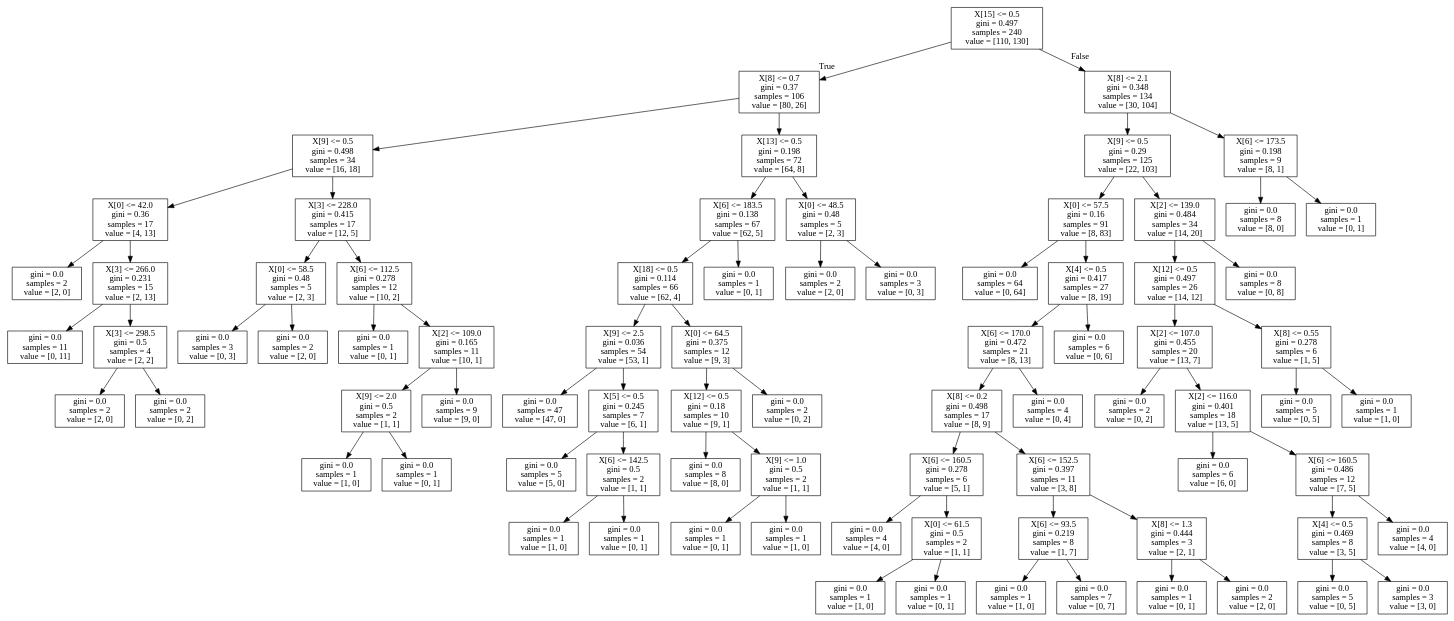
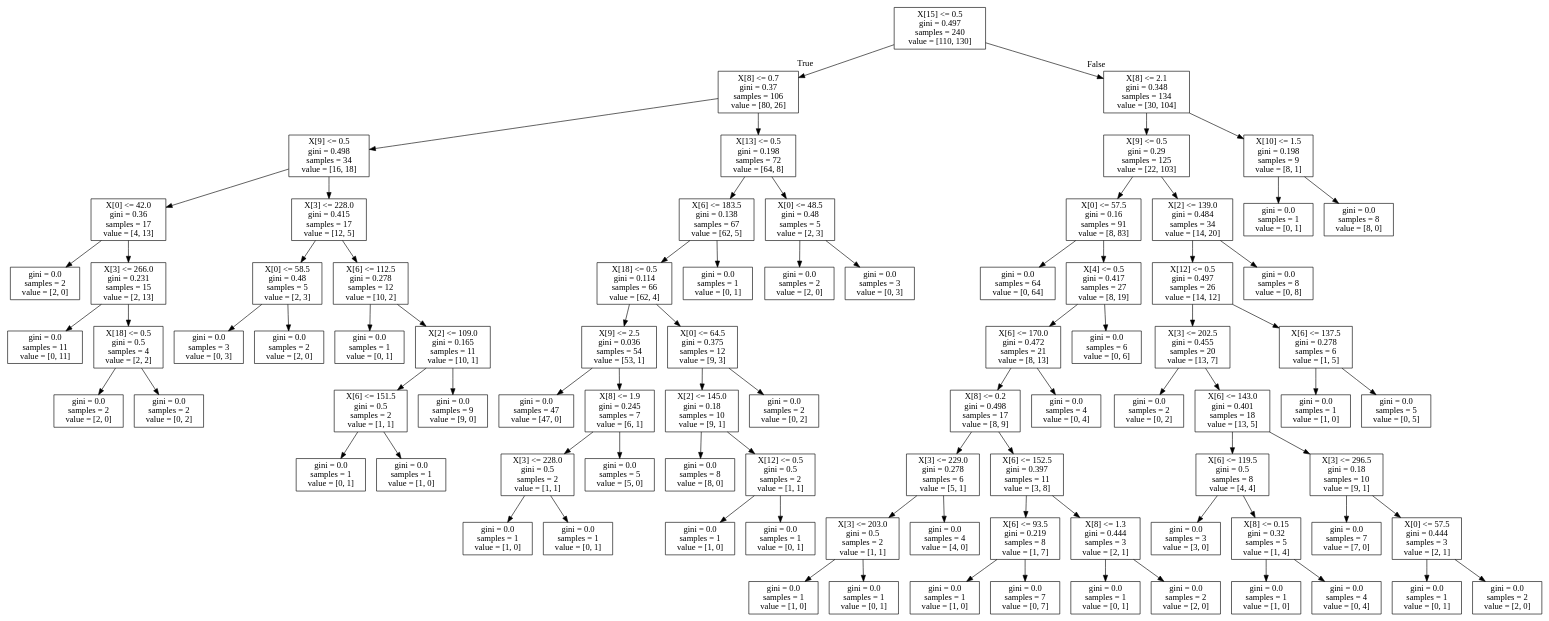
The diagram in final-project/tree.dot (leyremarazuela/datamad0119), drawn with Graphviz before and after one commit. The commit also changed 6 other files, not shown here.

```diff
--- a/final-project/tree.dot
+++ b/final-project/tree.dot
@@ -1,164 +1,172 @@
 digraph Tree {
 node [shape=box] ;
 0 [label="X[15] <= 0.5\ngini = 0.497\nsamples = 240\nvalue = [110, 130]"] ;
 1 [label="X[8] <= 0.7\ngini = 0.37\nsamples = 106\nvalue = [80, 26]"] ;
 0 -> 1 [labeldistance=2.5, labelangle=45, headlabel="True"] ;
 2 [label="X[9] <= 0.5\ngini = 0.498\nsamples = 34\nvalue = [16, 18]"] ;
 1 -> 2 ;
 3 [label="X[0] <= 42.0\ngini = 0.36\nsamples = 17\nvalue = [4, 13]"] ;
 2 -> 3 ;
 4 [label="gini = 0.0\nsamples = 2\nvalue = [2, 0]"] ;
 3 -> 4 ;
 5 [label="X[3] <= 266.0\ngini = 0.231\nsamples = 15\nvalue = [2, 13]"] ;
 3 -> 5 ;
 6 [label="gini = 0.0\nsamples = 11\nvalue = [0, 11]"] ;
 5 -> 6 ;
-7 [label="X[3] <= 298.5\ngini = 0.5\nsamples = 4\nvalue = [2, 2]"] ;
+7 [label="X[18] <= 0.5\ngini = 0.5\nsamples = 4\nvalue = [2, 2]"] ;
 5 -> 7 ;
 8 [label="gini = 0.0\nsamples = 2\nvalue = [2, 0]"] ;
 7 -> 8 ;
 9 [label="gini = 0.0\nsamples = 2\nvalue = [0, 2]"] ;
 7 -> 9 ;
 10 [label="X[3] <= 228.0\ngini = 0.415\nsamples = 17\nvalue = [12, 5]"] ;
 2 -> 10 ;
 11 [label="X[0] <= 58.5\ngini = 0.48\nsamples = 5\nvalue = [2, 3]"] ;
 10 -> 11 ;
 12 [label="gini = 0.0\nsamples = 3\nvalue = [0, 3]"] ;
 11 -> 12 ;
 13 [label="gini = 0.0\nsamples = 2\nvalue = [2, 0]"] ;
 11 -> 13 ;
 14 [label="X[6] <= 112.5\ngini = 0.278\nsamples = 12\nvalue = [10, 2]"] ;
 10 -> 14 ;
 15 [label="gini = 0.0\nsamples = 1\nvalue = [0, 1]"] ;
 14 -> 15 ;
 16 [label="X[2] <= 109.0\ngini = 0.165\nsamples = 11\nvalue = [10, 1]"] ;
 14 -> 16 ;
-17 [label="X[9] <= 2.0\ngini = 0.5\nsamples = 2\nvalue = [1, 1]"] ;
+17 [label="X[6] <= 151.5\ngini = 0.5\nsamples = 2\nvalue = [1, 1]"] ;
 16 -> 17 ;
-18 [label="gini = 0.0\nsamples = 1\nvalue = [1, 0]"] ;
+18 [label="gini = 0.0\nsamples = 1\nvalue = [0, 1]"] ;
 17 -> 18 ;
-19 [label="gini = 0.0\nsamples = 1\nvalue = [0, 1]"] ;
+19 [label="gini = 0.0\nsamples = 1\nvalue = [1, 0]"] ;
 17 -> 19 ;
 20 [label="gini = 0.0\nsamples = 9\nvalue = [9, 0]"] ;
 16 -> 20 ;
 21 [label="X[13] <= 0.5\ngini = 0.198\nsamples = 72\nvalue = [64, 8]"] ;
 1 -> 21 ;
 22 [label="X[6] <= 183.5\ngini = 0.138\nsamples = 67\nvalue = [62, 5]"] ;
 21 -> 22 ;
 23 [label="X[18] <= 0.5\ngini = 0.114\nsamples = 66\nvalue = [62, 4]"] ;
 22 -> 23 ;
 24 [label="X[9] <= 2.5\ngini = 0.036\nsamples = 54\nvalue = [53, 1]"] ;
 23 -> 24 ;
 25 [label="gini = 0.0\nsamples = 47\nvalue = [47, 0]"] ;
 24 -> 25 ;
-26 [label="X[5] <= 0.5\ngini = 0.245\nsamples = 7\nvalue = [6, 1]"] ;
+26 [label="X[8] <= 1.9\ngini = 0.245\nsamples = 7\nvalue = [6, 1]"] ;
 24 -> 26 ;
-27 [label="gini = 0.0\nsamples = 5\nvalue = [5, 0]"] ;
+27 [label="X[3] <= 228.0\ngini = 0.5\nsamples = 2\nvalue = [1, 1]"] ;
 26 -> 27 ;
-28 [label="X[6] <= 142.5\ngini = 0.5\nsamples = 2\nvalue = [1, 1]"] ;
-26 -> 28 ;
-29 [label="gini = 0.0\nsamples = 1\nvalue = [1, 0]"] ;
-28 -> 29 ;
-30 [label="gini = 0.0\nsamples = 1\nvalue = [0, 1]"] ;
-28 -> 30 ;
+28 [label="gini = 0.0\nsamples = 1\nvalue = [1, 0]"] ;
+27 -> 28 ;
+29 [label="gini = 0.0\nsamples = 1\nvalue = [0, 1]"] ;
+27 -> 29 ;
+30 [label="gini = 0.0\nsamples = 5\nvalue = [5, 0]"] ;
+26 -> 30 ;
 31 [label="X[0] <= 64.5\ngini = 0.375\nsamples = 12\nvalue = [9, 3]"] ;
 23 -> 31 ;
-32 [label="X[12] <= 0.5\ngini = 0.18\nsamples = 10\nvalue = [9, 1]"] ;
+32 [label="X[2] <= 145.0\ngini = 0.18\nsamples = 10\nvalue = [9, 1]"] ;
 31 -> 32 ;
 33 [label="gini = 0.0\nsamples = 8\nvalue = [8, 0]"] ;
 32 -> 33 ;
-34 [label="X[9] <= 1.0\ngini = 0.5\nsamples = 2\nvalue = [1, 1]"] ;
+34 [label="X[12] <= 0.5\ngini = 0.5\nsamples = 2\nvalue = [1, 1]"] ;
 32 -> 34 ;
-35 [label="gini = 0.0\nsamples = 1\nvalue = [0, 1]"] ;
+35 [label="gini = 0.0\nsamples = 1\nvalue = [1, 0]"] ;
 34 -> 35 ;
-36 [label="gini = 0.0\nsamples = 1\nvalue = [1, 0]"] ;
+36 [label="gini = 0.0\nsamples = 1\nvalue = [0, 1]"] ;
 34 -> 36 ;
 37 [label="gini = 0.0\nsamples = 2\nvalue = [0, 2]"] ;
 31 -> 37 ;
 38 [label="gini = 0.0\nsamples = 1\nvalue = [0, 1]"] ;
 22 -> 38 ;
 39 [label="X[0] <= 48.5\ngini = 0.48\nsamples = 5\nvalue = [2, 3]"] ;
 21 -> 39 ;
 40 [label="gini = 0.0\nsamples = 2\nvalue = [2, 0]"] ;
 39 -> 40 ;
 41 [label="gini = 0.0\nsamples = 3\nvalue = [0, 3]"] ;
 39 -> 41 ;
 42 [label="X[8] <= 2.1\ngini = 0.348\nsamples = 134\nvalue = [30, 104]"] ;
 0 -> 42 [labeldistance=2.5, labelangle=-45, headlabel="False"] ;
 43 [label="X[9] <= 0.5\ngini = 0.29\nsamples = 125\nvalue = [22, 103]"] ;
 42 -> 43 ;
 44 [label="X[0] <= 57.5\ngini = 0.16\nsamples = 91\nvalue = [8, 83]"] ;
 43 -> 44 ;
 45 [label="gini = 0.0\nsamples = 64\nvalue = [0, 64]"] ;
 44 -> 45 ;
 46 [label="X[4] <= 0.5\ngini = 0.417\nsamples = 27\nvalue = [8, 19]"] ;
 44 -> 46 ;
 47 [label="X[6] <= 170.0\ngini = 0.472\nsamples = 21\nvalue = [8, 13]"] ;
 46 -> 47 ;
 48 [label="X[8] <= 0.2\ngini = 0.498\nsamples = 17\nvalue = [8, 9]"] ;
 47 -> 48 ;
-49 [label="X[6] <= 160.5\ngini = 0.278\nsamples = 6\nvalue = [5, 1]"] ;
+49 [label="X[3] <= 229.0\ngini = 0.278\nsamples = 6\nvalue = [5, 1]"] ;
 48 -> 49 ;
-50 [label="gini = 0.0\nsamples = 4\nvalue = [4, 0]"] ;
+50 [label="X[3] <= 203.0\ngini = 0.5\nsamples = 2\nvalue = [1, 1]"] ;
 49 -> 50 ;
-51 [label="X[0] <= 61.5\ngini = 0.5\nsamples = 2\nvalue = [1, 1]"] ;
-49 -> 51 ;
-52 [label="gini = 0.0\nsamples = 1\nvalue = [1, 0]"] ;
-51 -> 52 ;
-53 [label="gini = 0.0\nsamples = 1\nvalue = [0, 1]"] ;
-51 -> 53 ;
+51 [label="gini = 0.0\nsamples = 1\nvalue = [1, 0]"] ;
+50 -> 51 ;
+52 [label="gini = 0.0\nsamples = 1\nvalue = [0, 1]"] ;
+50 -> 52 ;
+53 [label="gini = 0.0\nsamples = 4\nvalue = [4, 0]"] ;
+49 -> 53 ;
 54 [label="X[6] <= 152.5\ngini = 0.397\nsamples = 11\nvalue = [3, 8]"] ;
 48 -> 54 ;
 55 [label="X[6] <= 93.5\ngini = 0.219\nsamples = 8\nvalue = [1, 7]"] ;
 54 -> 55 ;
 56 [label="gini = 0.0\nsamples = 1\nvalue = [1, 0]"] ;
 55 -> 56 ;
 57 [label="gini = 0.0\nsamples = 7\nvalue = [0, 7]"] ;
 55 -> 57 ;
 58 [label="X[8] <= 1.3\ngini = 0.444\nsamples = 3\nvalue = [2, 1]"] ;
 54 -> 58 ;
 59 [label="gini = 0.0\nsamples = 1\nvalue = [0, 1]"] ;
 58 -> 59 ;
 60 [label="gini = 0.0\nsamples = 2\nvalue = [2, 0]"] ;
 58 -> 60 ;
 61 [label="gini = 0.0\nsamples = 4\nvalue = [0, 4]"] ;
 47 -> 61 ;
 62 [label="gini = 0.0\nsamples = 6\nvalue = [0, 6]"] ;
 46 -> 62 ;
 63 [label="X[2] <= 139.0\ngini = 0.484\nsamples = 34\nvalue = [14, 20]"] ;
 43 -> 63 ;
 64 [label="X[12] <= 0.5\ngini = 0.497\nsamples = 26\nvalue = [14, 12]"] ;
 63 -> 64 ;
-65 [label="X[2] <= 107.0\ngini = 0.455\nsamples = 20\nvalue = [13, 7]"] ;
+65 [label="X[3] <= 202.5\ngini = 0.455\nsamples = 20\nvalue = [13, 7]"] ;
 64 -> 65 ;
 66 [label="gini = 0.0\nsamples = 2\nvalue = [0, 2]"] ;
 65 -> 66 ;
-67 [label="X[2] <= 116.0\ngini = 0.401\nsamples = 18\nvalue = [13, 5]"] ;
+67 [label="X[6] <= 143.0\ngini = 0.401\nsamples = 18\nvalue = [13, 5]"] ;
 65 -> 67 ;
-68 [label="gini = 0.0\nsamples = 6\nvalue = [6, 0]"] ;
+68 [label="X[6] <= 119.5\ngini = 0.5\nsamples = 8\nvalue = [4, 4]"] ;
 67 -> 68 ;
-69 [label="X[6] <= 160.5\ngini = 0.486\nsamples = 12\nvalue = [7, 5]"] ;
-67 -> 69 ;
-70 [label="X[4] <= 0.5\ngini = 0.469\nsamples = 8\nvalue = [3, 5]"] ;
-69 -> 70 ;
-71 [label="gini = 0.0\nsamples = 5\nvalue = [0, 5]"] ;
+69 [label="gini = 0.0\nsamples = 3\nvalue = [3, 0]"] ;
+68 -> 69 ;
+70 [label="X[8] <= 0.15\ngini = 0.32\nsamples = 5\nvalue = [1, 4]"] ;
+68 -> 70 ;
+71 [label="gini = 0.0\nsamples = 1\nvalue = [1, 0]"] ;
 70 -> 71 ;
-72 [label="gini = 0.0\nsamples = 3\nvalue = [3, 0]"] ;
+72 [label="gini = 0.0\nsamples = 4\nvalue = [0, 4]"] ;
 70 -> 72 ;
-73 [label="gini = 0.0\nsamples = 4\nvalue = [4, 0]"] ;
-69 -> 73 ;
-74 [label="X[8] <= 0.55\ngini = 0.278\nsamples = 6\nvalue = [1, 5]"] ;
-64 -> 74 ;
-75 [label="gini = 0.0\nsamples = 5\nvalue = [0, 5]"] ;
-74 -> 75 ;
-76 [label="gini = 0.0\nsamples = 1\nvalue = [1, 0]"] ;
-74 -> 76 ;
-77 [label="gini = 0.0\nsamples = 8\nvalue = [0, 8]"] ;
-63 -> 77 ;
-78 [label="X[6] <= 173.5\ngini = 0.198\nsamples = 9\nvalue = [8, 1]"] ;
-42 -> 78 ;
-79 [label="gini = 0.0\nsamples = 8\nvalue = [8, 0]"] ;
+73 [label="X[3] <= 296.5\ngini = 0.18\nsamples = 10\nvalue = [9, 1]"] ;
+67 -> 73 ;
+74 [label="gini = 0.0\nsamples = 7\nvalue = [7, 0]"] ;
+73 -> 74 ;
+75 [label="X[0] <= 57.5\ngini = 0.444\nsamples = 3\nvalue = [2, 1]"] ;
+73 -> 75 ;
+76 [label="gini = 0.0\nsamples = 1\nvalue = [0, 1]"] ;
+75 -> 76 ;
+77 [label="gini = 0.0\nsamples = 2\nvalue = [2, 0]"] ;
+75 -> 77 ;
+78 [label="X[6] <= 137.5\ngini = 0.278\nsamples = 6\nvalue = [1, 5]"] ;
+64 -> 78 ;
+79 [label="gini = 0.0\nsamples = 1\nvalue = [1, 0]"] ;
 78 -> 79 ;
-80 [label="gini = 0.0\nsamples = 1\nvalue = [0, 1]"] ;
+80 [label="gini = 0.0\nsamples = 5\nvalue = [0, 5]"] ;
 78 -> 80 ;
+81 [label="gini = 0.0\nsamples = 8\nvalue = [0, 8]"] ;
+63 -> 81 ;
+82 [label="X[10] <= 1.5\ngini = 0.198\nsamples = 9\nvalue = [8, 1]"] ;
+42 -> 82 ;
+83 [label="gini = 0.0\nsamples = 1\nvalue = [0, 1]"] ;
+82 -> 83 ;
+84 [label="gini = 0.0\nsamples = 8\nvalue = [8, 0]"] ;
+82 -> 84 ;
 }
```
